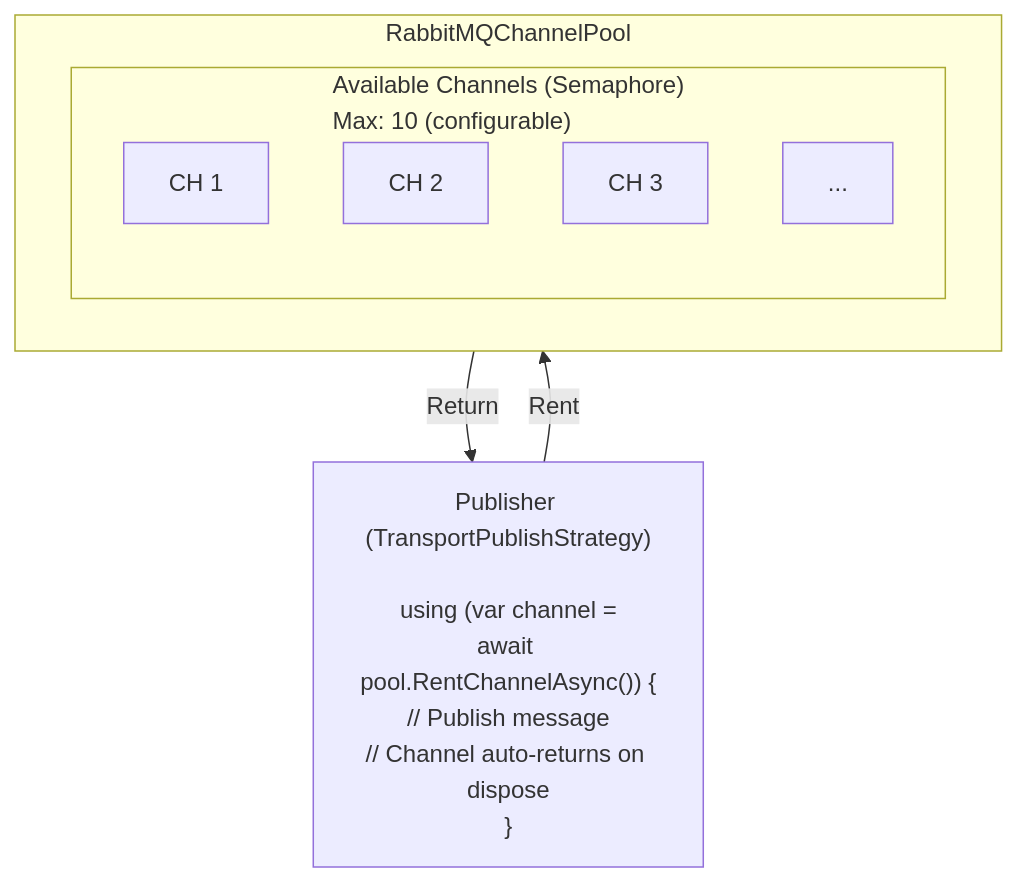
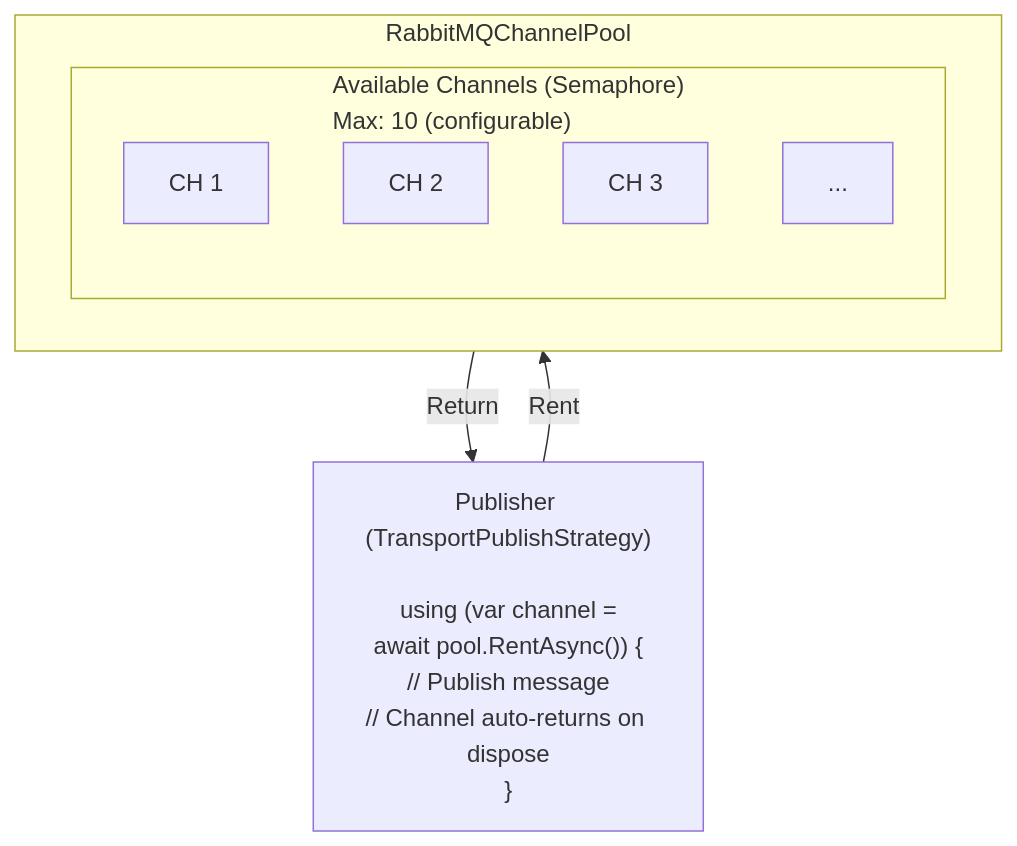
The second of 4 diagrams in src/assets/docs/v1.0.0/messaging/transports/rabbitmq.md (whizbang-lib/whizbang-lib.github.io), drawn with Mermaid before and after one commit. The commit also changed other lines of this file and 246 other files, not shown here.

````diff
--- a/src/assets/docs/v1.0.0/messaging/transports/rabbitmq.md
+++ b/src/assets/docs/v1.0.0/messaging/transports/rabbitmq.md
@@ -98,19 +100,19 @@
 ```mermaid{caption="Channel-pool rent/return — publishers rent a channel from the semaphore-bounded pool and it auto-returns on dispose, because RabbitMQ channels are not thread-safe." tests=["RabbitMQChannelPoolTests.RentAsync_ReturnsChannel_FromPoolAsync", "RabbitMQChannelPoolTests.Return_AddsChannelBackToPool_ForReuseAsync"]}
 flowchart TD
     subgraph Pool["RabbitMQChannelPool"]
         subgraph Avail["Available Channels (Semaphore)<br/>Max: 10 (configurable)"]
             CH1["CH 1"]
             CH2["CH 2"]
             CH3["CH 3"]
             CHmore["..."]
         end
     end
 
-    Publisher["Publisher (TransportPublishStrategy)<br/><br/>using (var channel =<br/>await pool.RentChannelAsync()) {<br/>// Publish message<br/>// Channel auto-returns on dispose<br/>}"]
+    Publisher["Publisher (TransportPublishStrategy)<br/><br/>using (var channel =<br/>await pool.RentAsync()) {<br/>// Publish message<br/>// Channel auto-returns on dispose<br/>}"]
 
     Publisher -->|"Rent"| Pool
     Pool -->|"Return"| Publisher
 
     class CH1,CH2,CH3,CHmore layer-command
     class Publisher layer-core
 ```
````
